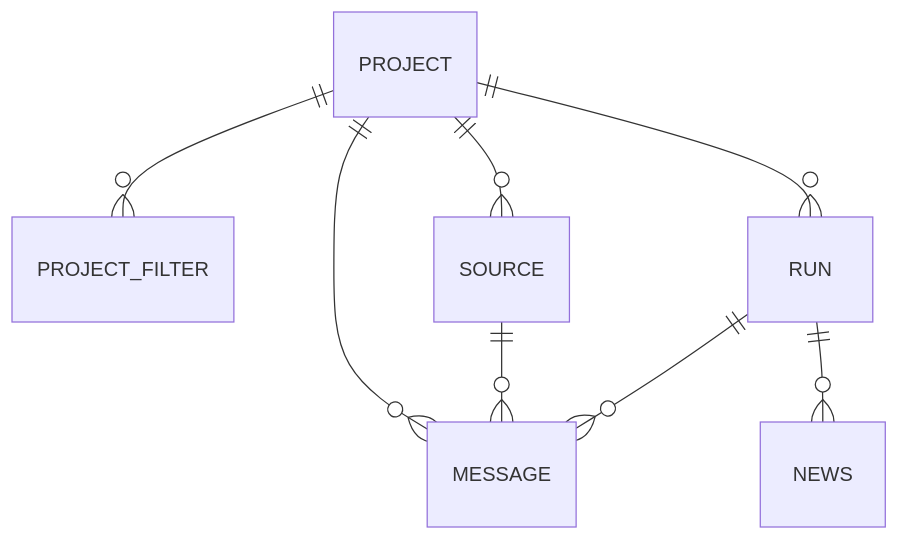
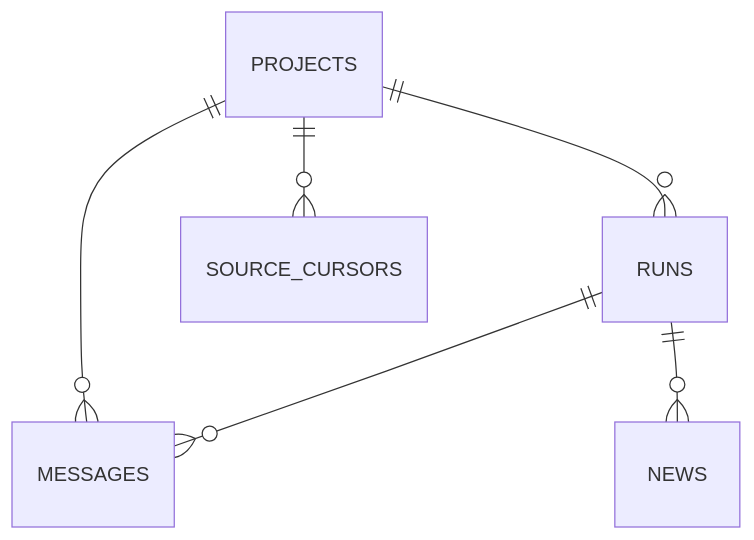
One commit to larisa-team/ai_product_hack changed the second of 3 diagrams in docs/SYSTEM_DESIGN_LIGHT.md. Above: the diagram before and after it, drawn with Mermaid. The commit also changed other lines of this file and 43 other files, not shown here.

````diff
--- a/docs/SYSTEM_DESIGN_LIGHT.md
+++ b/docs/SYSTEM_DESIGN_LIGHT.md
@@ -63,10 +69,8 @@
 ```mermaid
 erDiagram
-    PROJECT ||--o{ PROJECT_FILTER : ""
-    PROJECT ||--o{ SOURCE : ""
-    PROJECT ||--o{ RUN : ""
-    PROJECT ||--o{ MESSAGE : ""
-    SOURCE  ||--o{ MESSAGE : ""
-    RUN     ||--o{ MESSAGE : ""
-    RUN     ||--o{ NEWS : ""
+    PROJECTS ||--o{ RUNS : ""
+    PROJECTS ||--o{ MESSAGES : ""
+    PROJECTS ||--o{ SOURCE_CURSORS : ""
+    RUNS     ||--o{ MESSAGES : ""
+    RUNS     ||--o{ NEWS : ""
 ```
````
